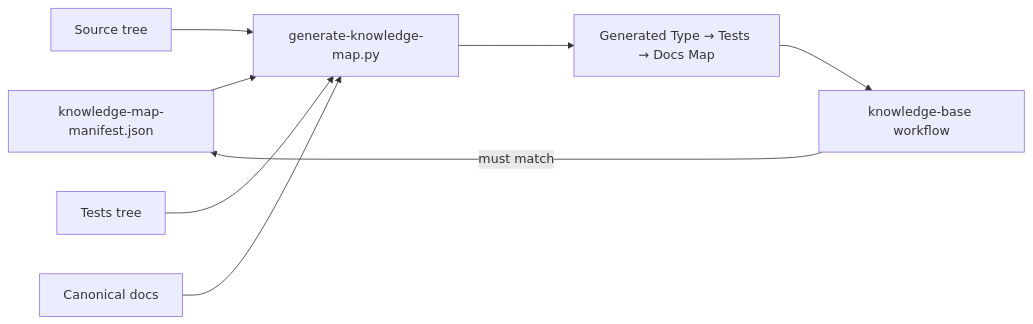
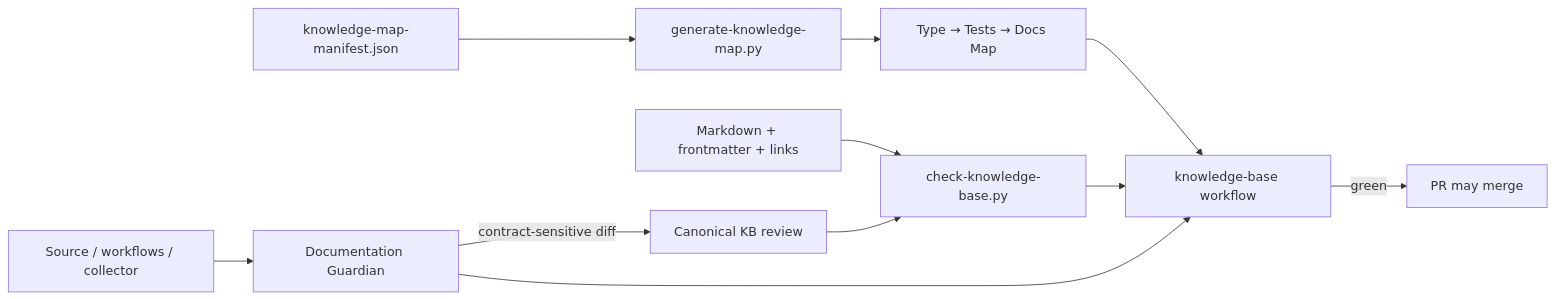
The diagram in knowledge-base/INDEX.md (TumanovNV/impuls), drawn with Mermaid before and after one commit. The commit also changed other lines of this file and 16 other files, not shown here.

Commit message:
docs: add Documentation Guardian v1.3

````diff
--- a/knowledge-base/INDEX.md
+++ b/knowledge-base/INDEX.md
@@ -96,10 +103,13 @@
 ```mermaid
 flowchart LR
-    M[knowledge-map-manifest.json] --> G[generate-knowledge-map.py]
-    G --> MAP[Generated Type → Tests → Docs Map]
-    SRC[Source tree] --> G
-    TEST[Tests tree] --> G
-    DOC[Canonical docs] --> G
+    SRC[Source / workflows / collector] --> G[Documentation Guardian]
+    G -->|contract-sensitive diff| DOC[Canonical KB review]
+    M[knowledge-map-manifest.json] --> GEN[generate-knowledge-map.py]
+    GEN --> MAP[Type → Tests → Docs Map]
+    KB[Markdown + frontmatter + links] --> CHECK[check-knowledge-base.py]
+    DOC --> CHECK
     MAP --> CI[knowledge-base workflow]
-    CI -->|must match| M
+    CHECK --> CI
+    G --> CI
+    CI -->|green| PR[PR may merge]
 ```
````
